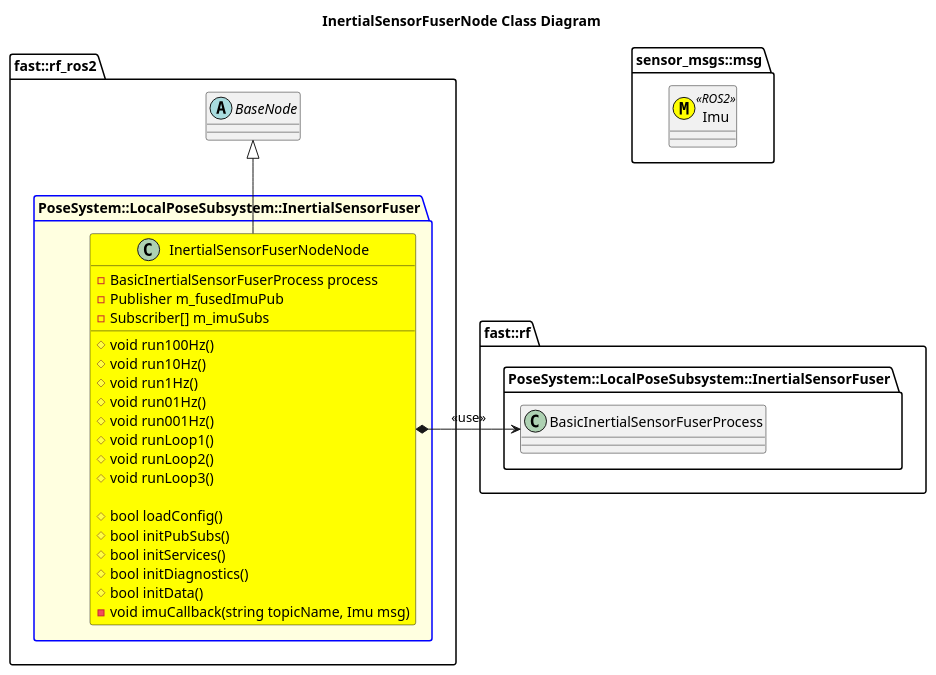
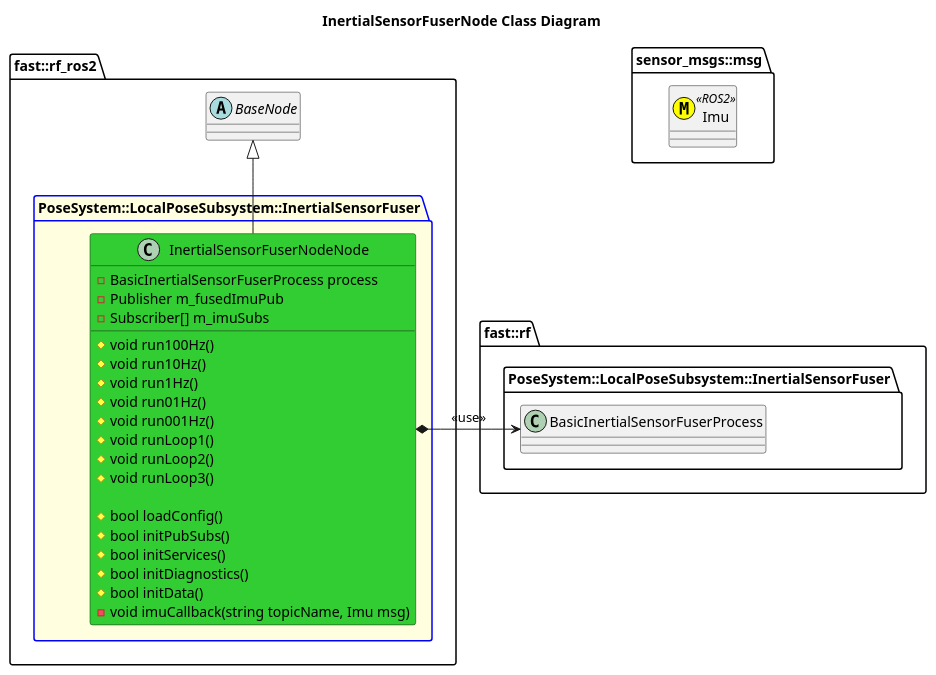
The diagram in Systems/Pose/Subsystems/LocalPose/Nodes/InertialSensorFuserNode/doc/puml/InertialSensorFuserNodeClassDiagram.puml (fastrobotics/robot_framework_ros2), drawn with PlantUML before and after one commit. The commit also changed 11 other files, not shown here.

```diff
--- a/Systems/Pose/Subsystems/LocalPose/Nodes/InertialSensorFuserNode/doc/puml/InertialSensorFuserNodeClassDiagram.puml
+++ b/Systems/Pose/Subsystems/LocalPose/Nodes/InertialSensorFuserNode/doc/puml/InertialSensorFuserNodeClassDiagram.puml
@@ -2,45 +2,45 @@
 @startuml
 title InertialSensorFuserNode Class Diagram
 namespace sensor_msgs::msg {
     class Imu <<(M,#FFFF00)>> <<ROS2>>
 }
 namespace fast::rf {
     namespace PoseSystem::LocalPoseSubsystem::InertialSensorFuser {
         class BasicInertialSensorFuserProcess {
         }
     }
 }
 namespace fast::rf_ros2  { 
     abstract BaseNode {
 
     }
     package PoseSystem::LocalPoseSubsystem::InertialSensorFuser #LightYellow;line:blue {
-        class InertialSensorFuserNodeNode #Yellow {
+        class InertialSensorFuserNodeNode #LimeGreen {
             #void run100Hz()
             #void run10Hz()
             #void run1Hz()
             #void run01Hz()
             #void run001Hz()
             #void runLoop1()
             #void runLoop2()
             #void runLoop3()
 
             #bool loadConfig()
             #bool initPubSubs()
             #bool initServices()
             #bool initDiagnostics()
             #bool initData()
             -void imuCallback(string topicName, Imu msg)
             -BasicInertialSensorFuserProcess process
             -Publisher m_fusedImuPub
             -Subscriber[] m_imuSubs
             
             
         }
         InertialSensorFuserNodeNode -up-|> BaseNode
         InertialSensorFuserNodeNode *-right-> BasicInertialSensorFuserProcess: <<use>>
     }
 
 }
 
 @enduml
```
